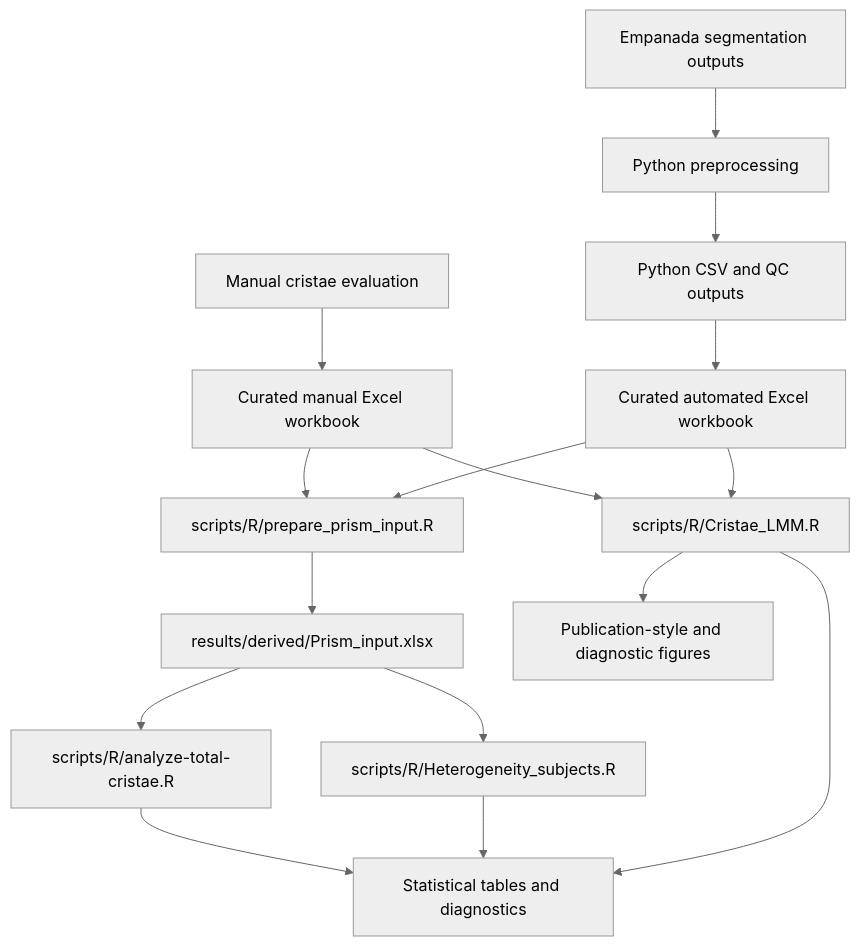
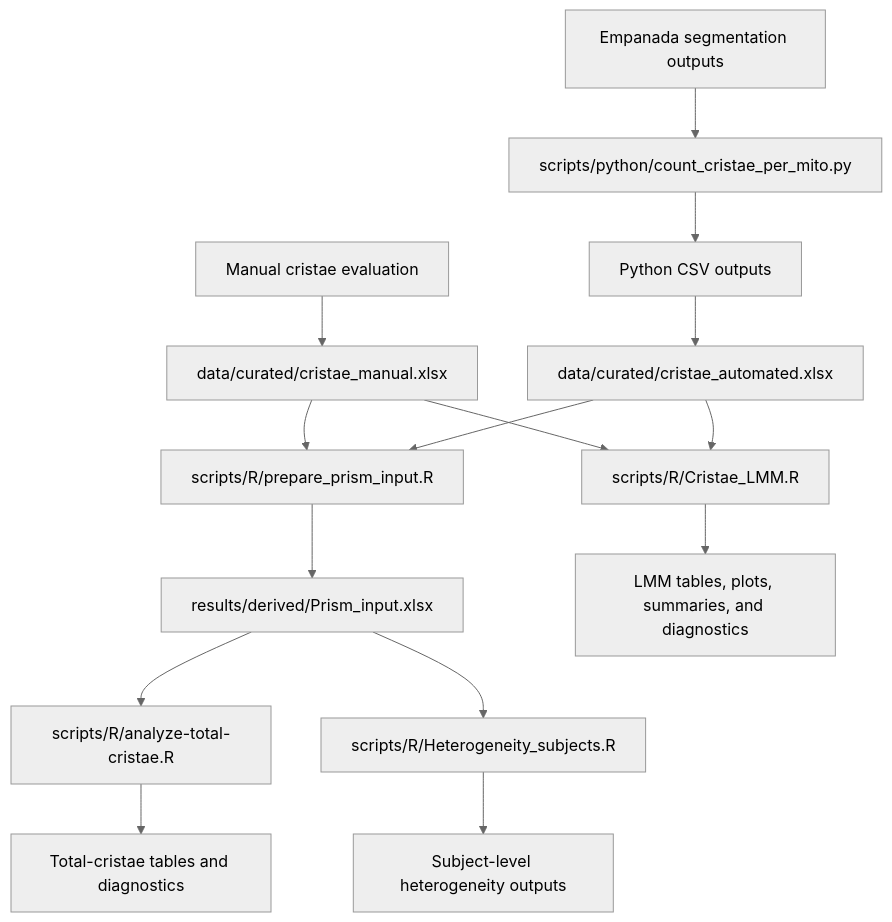
Before and after one commit to nikolvolfova-web/Mitochondrial-Ultrastructure-Analysis: the diagram in README.md, drawn with Mermaid (neutral theme). The commit also changed other lines of this file, not shown here.

````diff
--- a/README.md
+++ b/README.md
@@ -37,23 +35,22 @@
 ```mermaid
 flowchart TD
-    M1["Manual cristae evaluation"] --> M2["Curated manual Excel workbook"]
+    M1["Manual cristae evaluation"] --> M2["data/curated/cristae_manual.xlsx"]
 
-    E1["Empanada segmentation outputs"] --> P["Python preprocessing"]
-    P --> C["Python CSV and QC outputs"]
-    C --> A["Curated automated Excel workbook"]
+    E1["Empanada segmentation outputs"] --> P["scripts/python/count_cristae_per_mito.py"]
+    P --> C["Python CSV outputs"]
+    C --> A["data/curated/cristae_automated.xlsx"]
 
     M2 --> PI["scripts/R/prepare_prism_input.R"]
     A --> PI
     PI --> PT["results/derived/Prism_input.xlsx"]
 
     PT --> T["scripts/R/analyze-total-cristae.R"]
     PT --> H["scripts/R/Heterogeneity_subjects.R"]
 
-    M2 --> L["scripts/R/Cristae_LMM.R"]
-    A --> L
+    M2 --> LMM["scripts/R/Cristae_LMM.R"]
+    A --> LMM
 
-    T --> O["Statistical tables and diagnostics"]
-    H --> O
-    L --> O
-    L --> F["Publication-style and diagnostic figures"]
+    T --> O1["Total-cristae tables and diagnostics"]
+    H --> O2["Subject-level heterogeneity outputs"]
+    LMM --> O3["LMM tables, plots, summaries, and diagnostics"]
 ```
````
